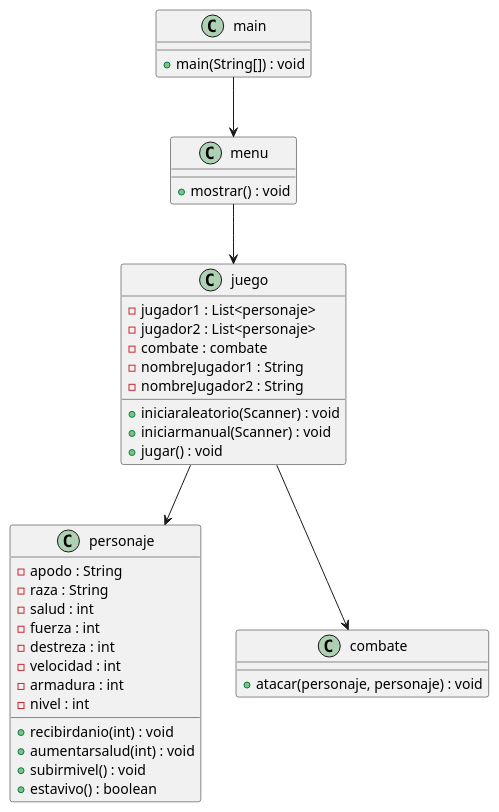
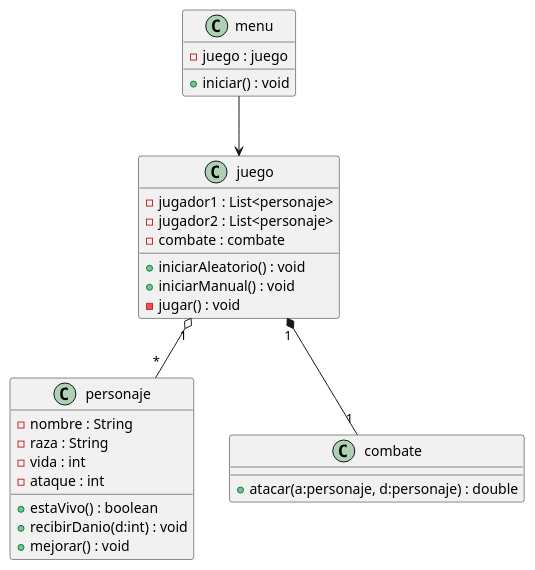
The diagram in app/src/juego/diagrama.puml (danicordoba/juego-de-rol), drawn with PlantUML before and after one commit. The commit also changed 13 other files, not shown here.

Commit message:
agregado diagrama UML final del sistema

```diff
--- a/app/src/juego/diagrama.puml
+++ b/app/src/juego/diagrama.puml
@@ -1,46 +1,33 @@
 @startuml
-
 class personaje {
-  - apodo : String
+  - nombre : String
   - raza : String
-  - salud : int
-  - fuerza : int
-  - destreza : int
-  - velocidad : int
-  - armadura : int
-  - nivel : int
-  + recibirdanio(int) : void
-  + aumentarsalud(int) : void
-  + subirmivel() : void
-  + estavivo() : boolean
+  - vida : int
+  - ataque : int
+  + estaVivo() : boolean
+  + recibirDanio(d:int) : void
+  + mejorar() : void
 }
 
 class combate {
-  + atacar(personaje, personaje) : void
+  + atacar(a:personaje, d:personaje) : double
 }
 
 class juego {
   - jugador1 : List<personaje>
   - jugador2 : List<personaje>
   - combate : combate
-  - nombreJugador1 : String
-  - nombreJugador2 : String
-  + iniciaraleatorio(Scanner) : void
-  + iniciarmanual(Scanner) : void
-  + jugar() : void
+  + iniciarAleatorio() : void
+  + iniciarManual() : void
+  - jugar() : void
 }
 
 class menu {
-  + mostrar() : void
+  - juego : juego
+  + iniciar() : void
 }
 
-class main {
-  + main(String[]) : void
-}
-
+juego "1" o-- "*" personaje
+juego "1" *-- "1" combate
 menu --> juego
-juego --> combate
-juego --> personaje
-main --> menu
-
 @enduml
```
